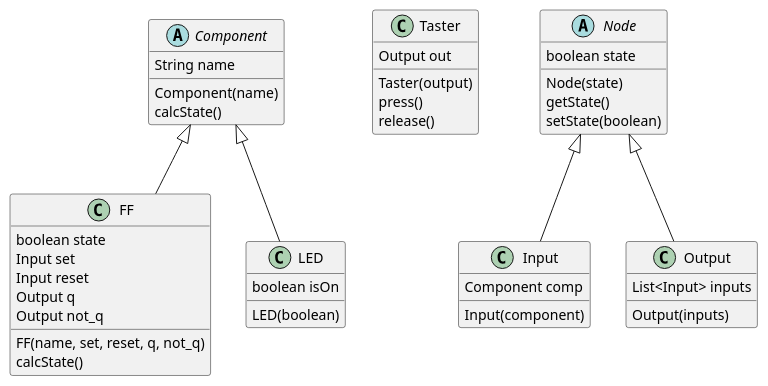
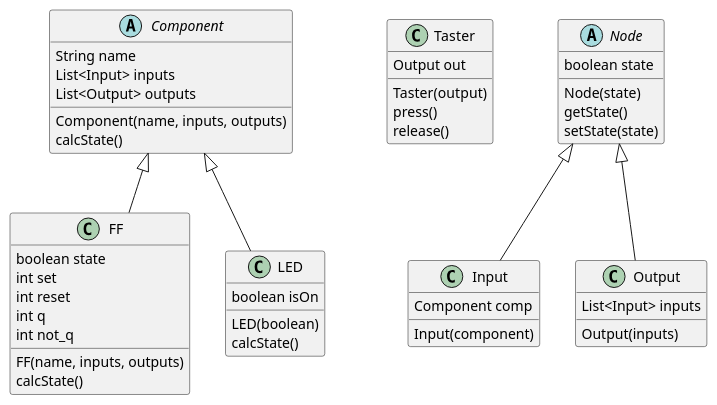
One commit to Clemenzzzzzz/2324_9183_sew5 changed the diagram in src/ue_00_schaltung/class.puml. Above: the diagram before and after it, drawn with PlantUML.

Commit message:
changes to uml

```diff
--- a/src/ue_00_schaltung/class.puml
+++ b/src/ue_00_schaltung/class.puml
@@ -1,72 +1,75 @@
 @startuml
 'https://plantuml.com/class-diagram
 
 /'abstract class AbstractList
 abstract AbstractCollection
 interface List
 interface Collection
 
 List <|-- AbstractList
 Collection <|-- AbstractCollection
 
 Collection <|- List
 AbstractCollection <|- AbstractList
 AbstractList <|-- ArrayList
 
 class ArrayList {
 Object[] elementData
 size()
 }'/
 
 abstract class Component {
 String name
-Component(name)
+List<Input> inputs
+List<Output> outputs
+Component(name, inputs, outputs)
 calcState()
 }
 
 class Taster{
 Output out
 Taster(output)
 press()
 release()
 }
 
 abstract class Node{
 boolean state
 Node(state)
 getState()
-setState(boolean)
+setState(state)
 }
 
 
 class Input{
 Component comp
 Input(component)
 }
 
 class Output{
 List<Input> inputs
 Output(inputs)
 }
 
 class FF{
 boolean state
-Input set
-Input reset
-Output q
-Output not_q
-FF(name, set, reset, q, not_q)
+int set
+int reset
+int q
+int not_q
+FF(name, inputs, outputs)
 calcState()
 }
 
 class LED{
 boolean isOn
 LED(boolean)
+calcState()
 }
 
 Component <|-- FF
 
 Component <|-- LED
 Node <|-- Input
 Node <|-- Output
 @enduml
```
